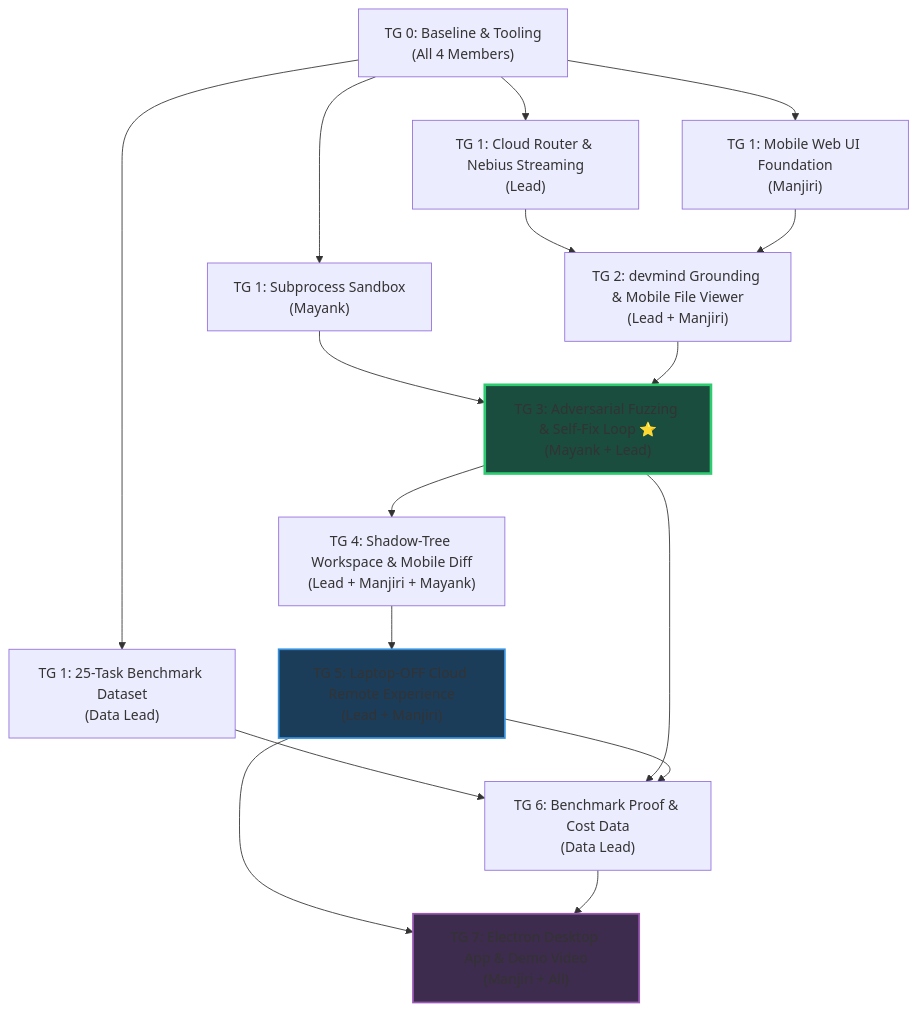
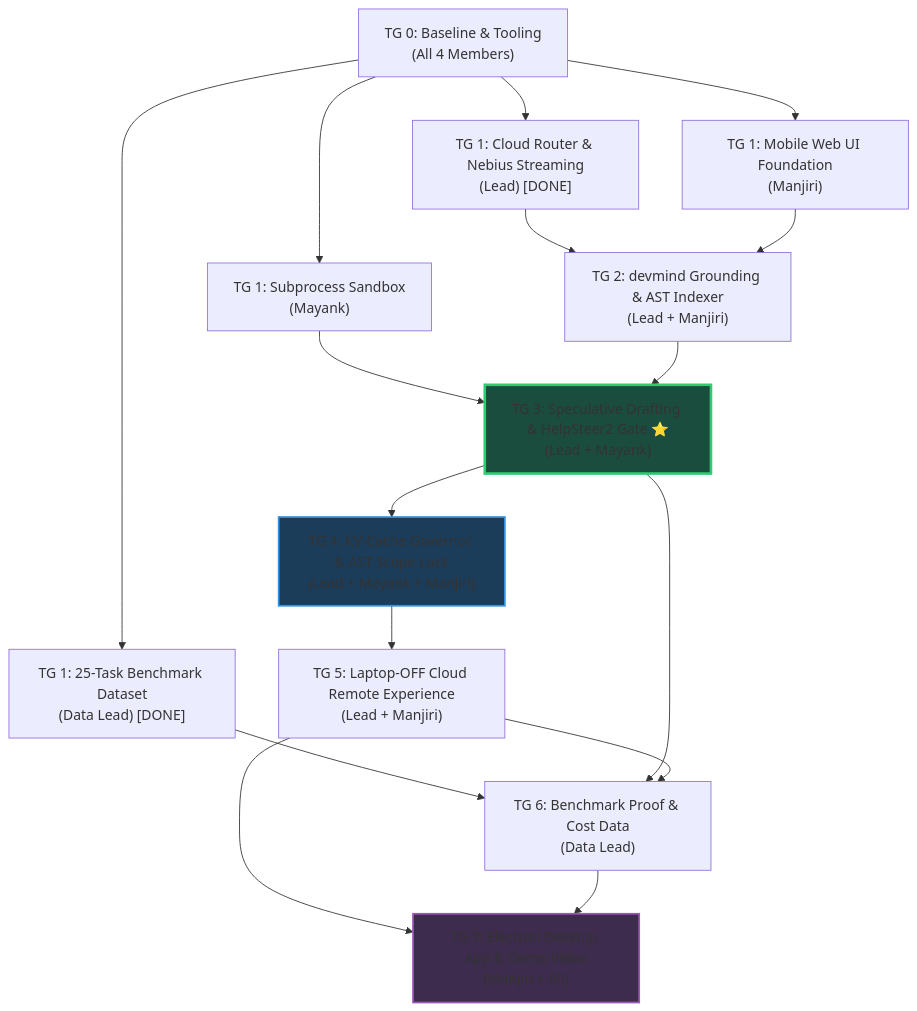
The diagram in ROADMAP.md (Anishp-cell/Just-Enough-AI), drawn with Mermaid before and after one commit. The commit also changed other lines of this file and 13 other files, not shown here.

Commit message:
feat: implement breakthrough agent upgrades (speculative drafting, KV governor, SteerLM gate) and update team timeline

````diff
--- a/ROADMAP.md
+++ b/ROADMAP.md
@@ -250,44 +204,44 @@
 ```mermaid
 graph TD
     TG0["TG 0: Baseline & Tooling<br/>(All 4 Members)"]
     
-    TG1_Lead["TG 1: Cloud Router & Nebius Streaming<br/>(Lead)"]
+    TG1_Lead["TG 1: Cloud Router & Nebius Streaming<br/>(Lead) [DONE]"]
     TG1_Mayank["TG 1: Subprocess Sandbox<br/>(Mayank)"]
     TG1_Manjiri["TG 1: Mobile Web UI Foundation<br/>(Manjiri)"]
-    TG1_Data["TG 1: 25-Task Benchmark Dataset<br/>(Data Lead)"]
+    TG1_Data["TG 1: 25-Task Benchmark Dataset<br/>(Data Lead) [DONE]"]
     
-    TG2["TG 2: devmind Grounding & Mobile File Viewer<br/>(Lead + Manjiri)"]
+    TG2["TG 2: devmind Grounding & AST Indexer<br/>(Lead + Manjiri)"]
     
-    TG3["TG 3: Adversarial Fuzzing & Self-Fix Loop ⭐<br/>(Mayank + Lead)"]
+    TG3["TG 3: Speculative Drafting & HelpSteer2 Gate ⭐<br/>(Lead + Mayank)"]
     
-    TG4["TG 4: Shadow-Tree Workspace & Mobile Diff<br/>(Lead + Manjiri + Mayank)"]
+    TG4["TG 4: KV-Cache Governor & AST Scope Lock<br/>(Lead + Mayank + Manjiri)"]
     
     TG5["TG 5: Laptop-OFF Cloud Remote Experience<br/>(Lead + Manjiri)"]
     
     TG6["TG 6: Benchmark Proof & Cost Data<br/>(Data Lead)"]
     
     TG7["TG 7: Electron Desktop App & Demo Video<br/>(Manjiri + All)"]
 
     TG0 --> TG1_Lead
     TG0 --> TG1_Mayank
     TG0 --> TG1_Manjiri
     TG0 --> TG1_Data
     
     TG1_Lead --> TG2
     TG1_Manjiri --> TG2
     TG1_Mayank --> TG3
     TG2 --> TG3
     
     TG3 --> TG4
     TG4 --> TG5
     TG1_Data --> TG6
     TG3 --> TG6
     TG5 --> TG6
     
     TG5 --> TG7
     TG6 --> TG7
 
     style TG3 fill:#1b4d3e,stroke:#2ecc71,stroke-width:3px
-    style TG5 fill:#1c3d5a,stroke:#3490dc,stroke-width:2px
+    style TG4 fill:#1c3d5a,stroke:#3490dc,stroke-width:2px
     style TG7 fill:#3d2c4d,stroke:#9b59b6,stroke-width:2px
 ```
````
